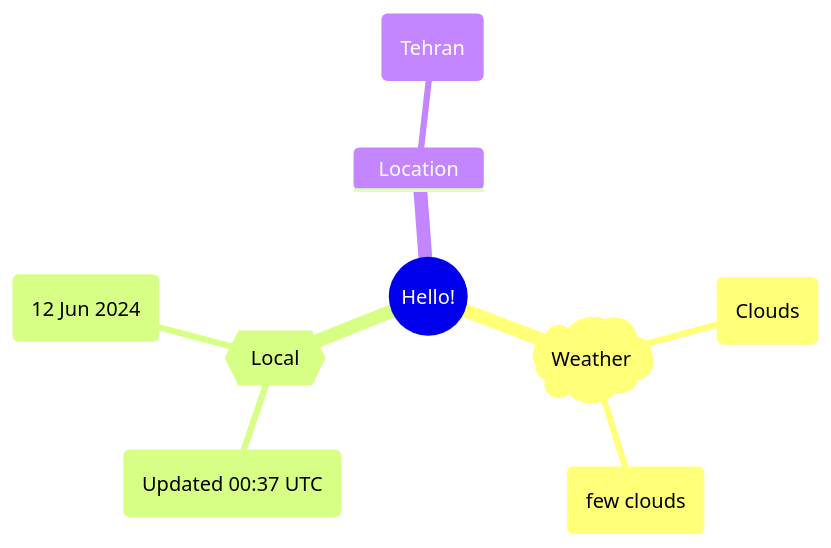
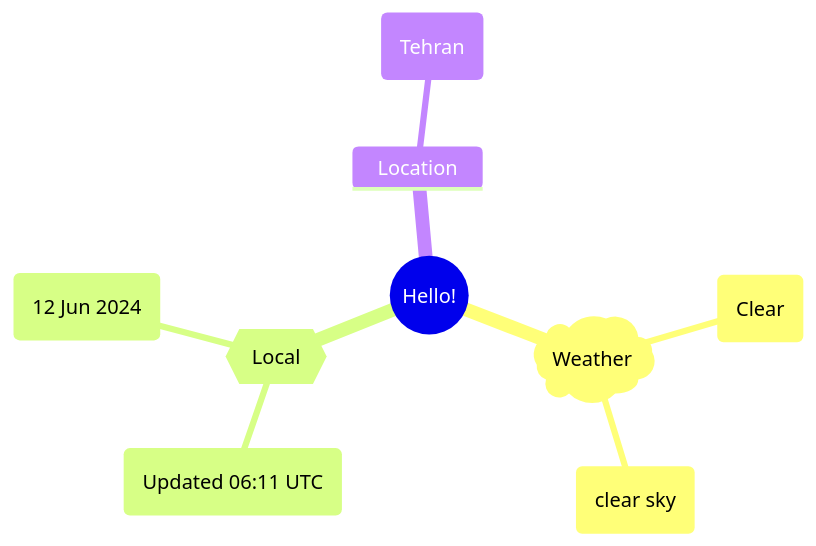
One commit to Xosrov/Xosrov changed the first of 2 diagrams in README.md. Above: the diagram before and after it, drawn with Mermaid.

Commit message:
[bot] updated images

````diff
--- a/README.md
+++ b/README.md
@@ -3,12 +3,12 @@
 ```mermaid
 mindmap
   root((Hello!))
     )Weather(
-        (Clouds)
-        (few clouds)
+        (Clear)
+        (clear sky)
     {{Local}}
-        (Updated 00:37 UTC)
+        (Updated 06:11 UTC)
         (12 Jun 2024)
     Location
         (Tehran)
 ```
````
